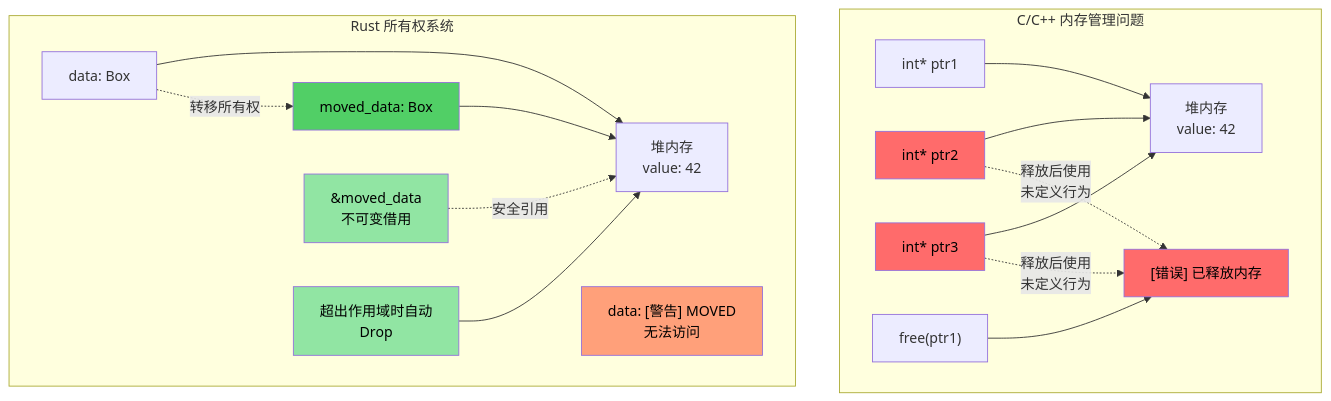
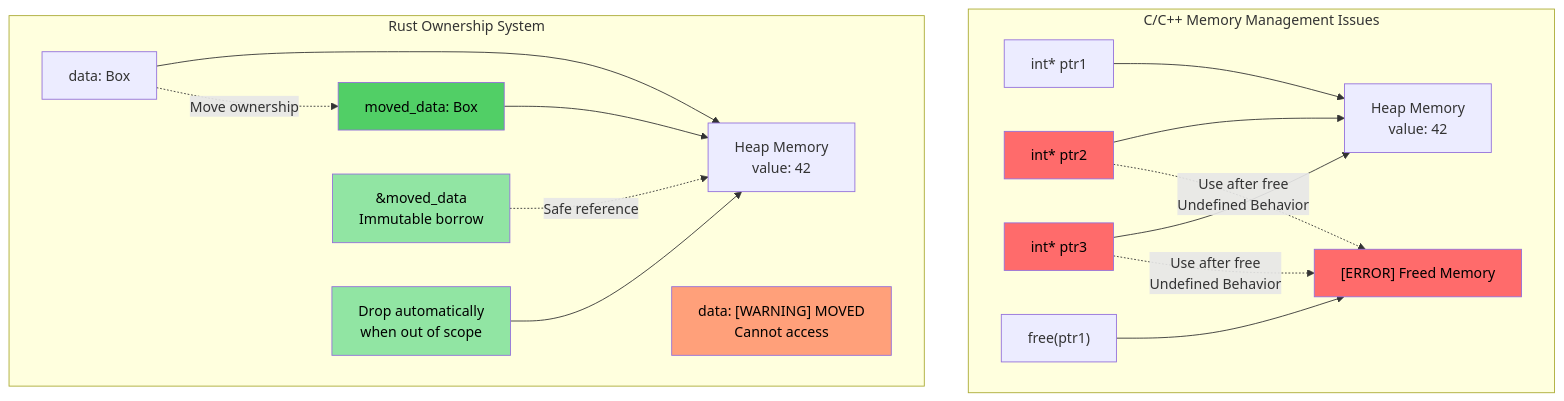
The second of 3 diagrams in src/ch07-2-smart-pointers-and-interior-mutability.md (hex623/rust-training-zh), drawn with Mermaid before and after one commit. The commit also changed other lines of this file and 21 other files, not shown here.

````diff
--- a/src/ch07-2-smart-pointers-and-interior-mutability.md
+++ b/src/ch07-2-smart-pointers-and-interior-mutability.md
@@ -101,28 +101,28 @@
 ```mermaid
 graph TD
-    subgraph "C/C++ 内存管理问题"
-        CP1["int* ptr1"] --> CM["堆内存<br/>value: 42"]
+    subgraph "C/C++ Memory Management Issues"
+        CP1["int* ptr1"] --> CM["Heap Memory<br/>value: 42"]
         CP2["int* ptr2"] --> CM
         CP3["int* ptr3"] --> CM
-        CF["free(ptr1)"] --> CM_F["[错误] 已释放内存"]
-        CP2 -.->|"释放后使用<br/>未定义行为"| CM_F
-        CP3 -.->|"释放后使用<br/>未定义行为"| CM_F
+        CF["free(ptr1)"] --> CM_F["[ERROR] Freed Memory"]
+        CP2 -.->|"Use after free<br/>Undefined Behavior"| CM_F
+        CP3 -.->|"Use after free<br/>Undefined Behavior"| CM_F
     end
     
-    subgraph "Rust 所有权系统"
-        RO1["data: Box<i32>"] --> RM["堆内存<br/>value: 42"]
-        RO1 -.->|"转移所有权"| RO2["moved_data: Box<i32>"]
+    subgraph "Rust Ownership System"
+        RO1["data: Box<i32>"] --> RM["Heap Memory<br/>value: 42"]
+        RO1 -.->|"Move ownership"| RO2["moved_data: Box<i32>"]
         RO2 --> RM
-        RO1_X["data: [警告] MOVED<br/>无法访问"]
-        RB["&moved_data<br/>不可变借用"] -.->|"安全引用"| RM
-        RD["超出作用域时自动<br/>Drop"] --> RM
+        RO1_X["data: [WARNING] MOVED<br/>Cannot access"]
+        RB["&moved_data<br/>Immutable borrow"] -.->|"Safe reference"| RM
+        RD["Drop automatically<br/>when out of scope"] --> RM
     end
     
     style CM_F fill:#ff6b6b,color:#000
     style CP2 fill:#ff6b6b,color:#000
     style CP3 fill:#ff6b6b,color:#000
     style RO1_X fill:#ffa07a,color:#000
     style RO2 fill:#51cf66,color:#000
     style RB fill:#91e5a3,color:#000
     style RD fill:#91e5a3,color:#000
 ```
````
